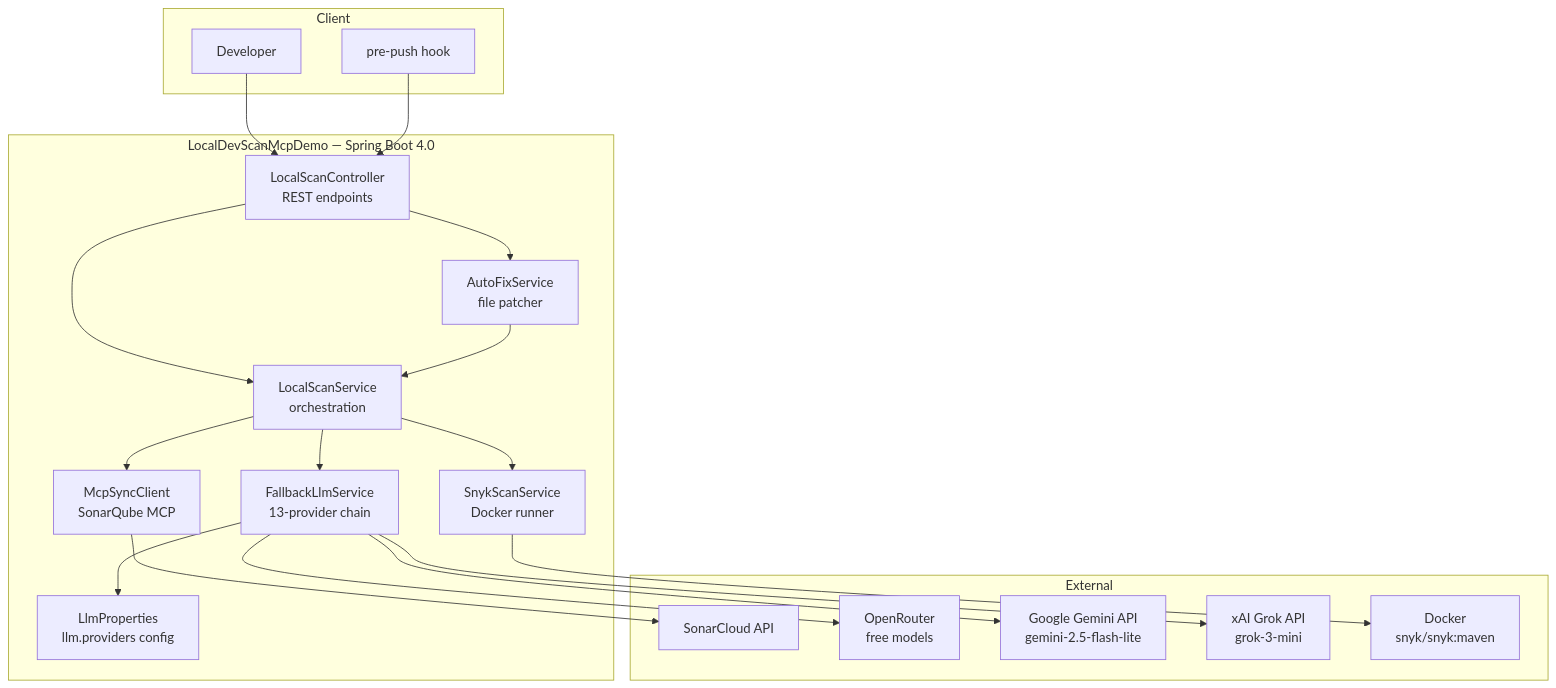
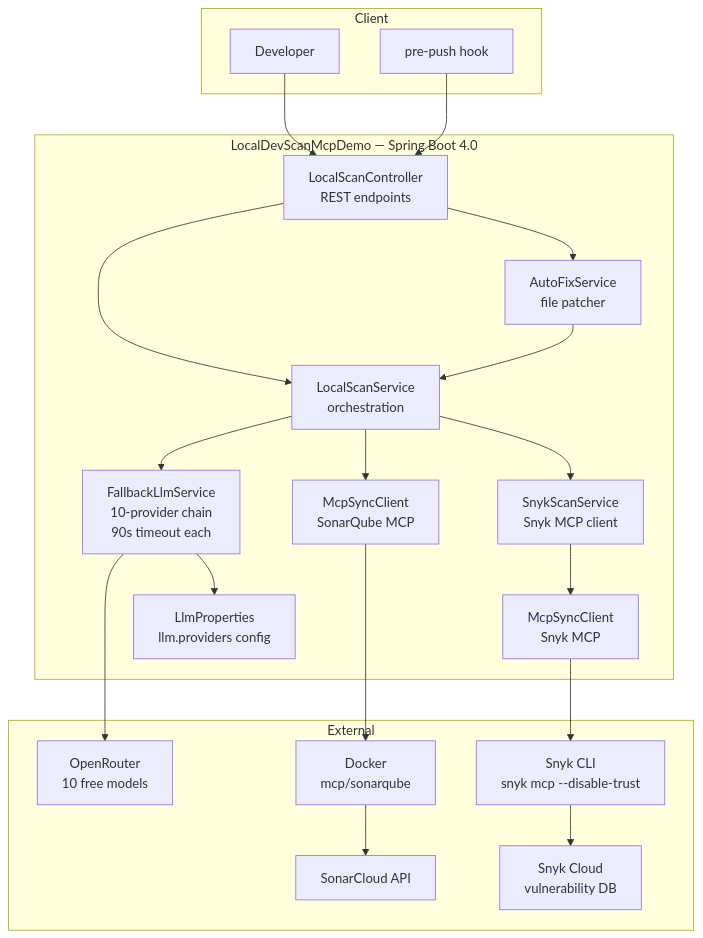
The sixth of 6 diagrams in LOCAL_SCAN_GUIDE.md (EnterprisAI/LocalDevScanMcpDemo), drawn with Mermaid before and after one commit. The commit also changed other lines of this file and 6 other files, not shown here.

First line of the commit message:
Add Snyk MCP client and migrate Snyk scans

````diff
--- a/LOCAL_SCAN_GUIDE.md
+++ b/LOCAL_SCAN_GUIDE.md
@@ -575,40 +667,42 @@
 ```mermaid
 flowchart TB
     subgraph Client
         Dev[Developer]
         Hook[pre-push hook]
     end
 
     subgraph LocalDevScanMcpDemo [LocalDevScanMcpDemo — Spring Boot 4.0]
         LSC[LocalScanController\nREST endpoints]
         LSS[LocalScanService\norchestration]
-        FLS[FallbackLlmService\n13-provider chain]
-        SNK[SnykScanService\nDocker runner]
+        FLS[FallbackLlmService\n10-provider chain\n90s timeout each]
+        SNK[SnykScanService\nSnyk MCP client]
         AFS[AutoFixService\nfile patcher]
-        MCP[McpSyncClient\nSonarQube MCP]
+        SQMCP[McpSyncClient\nSonarQube MCP]
+        SNKMCP[McpSyncClient\nSnyk MCP]
         LLP[LlmProperties\nllm.providers config]
     end
 
     subgraph External
         SC[SonarCloud API]
-        OR[OpenRouter\nfree models]
-        GEM[Google Gemini API\ngemini-2.5-flash-lite]
-        XAI[xAI Grok API\ngrok-3-mini]
-        Docker[Docker\nsnyk/snyk:maven]
+        SnykCloud[Snyk Cloud\nvulnerability DB]
+        OR[OpenRouter\n10 free models]
+        DockerSQ[Docker\nmcp/sonarqube]
+        SnykCLI[Snyk CLI\nsnyk mcp --disable-trust]
     end
 
     Dev --> LSC
     Hook --> LSC
     LSC --> LSS
     LSC --> AFS
-    LSS --> MCP
+    LSS --> SQMCP
     LSS --> SNK
     LSS --> FLS
-    MCP --> SC
-    SNK --> Docker
+    SNK --> SNKMCP
+    SQMCP --> DockerSQ
+    DockerSQ --> SC
+    SNKMCP --> SnykCLI
+    SnykCLI --> SnykCloud
     FLS --> LLP
     FLS --> OR
-    FLS --> GEM
-    FLS --> XAI
     AFS --> LSS
 ```
````
